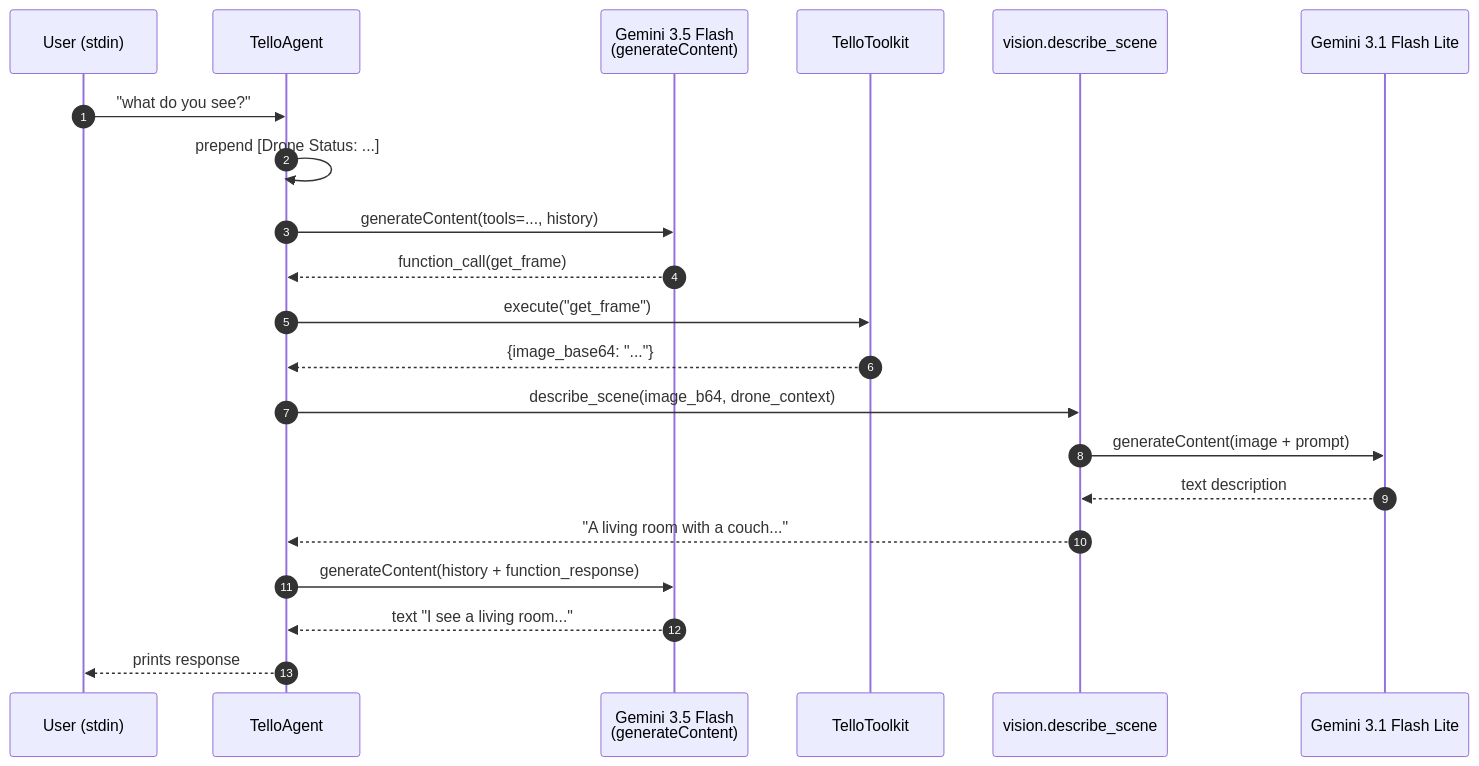
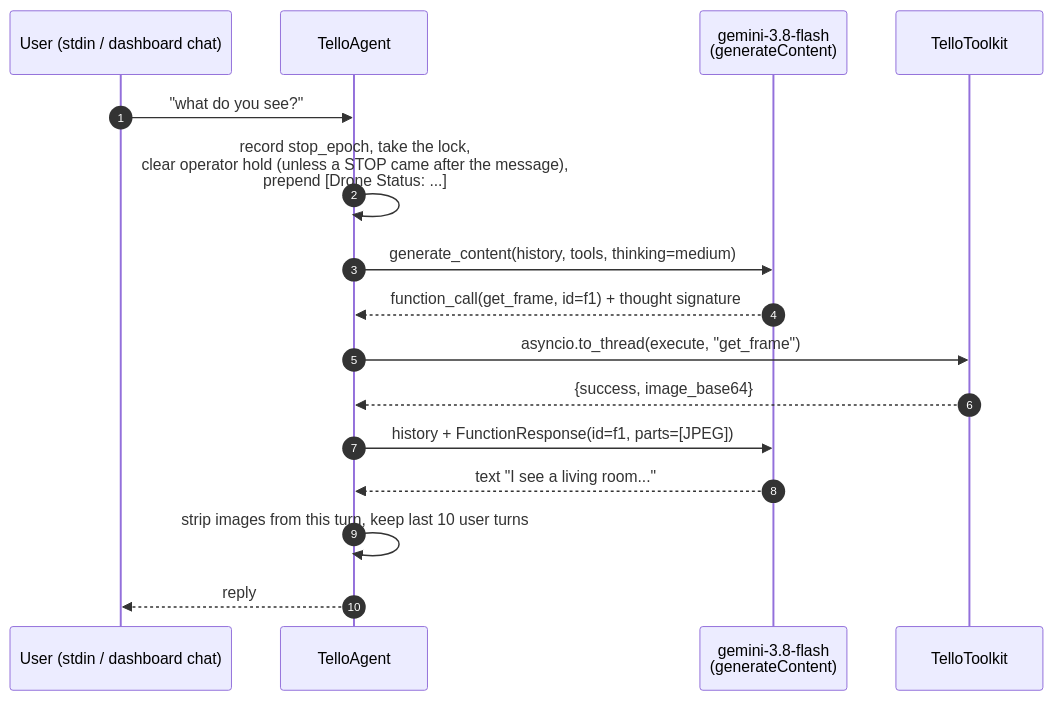
One commit to AyushRajgor/Tello-autonomous changed the second of 7 diagrams in docs/workflow.md. Above: the diagram before and after it, drawn with Mermaid. The commit also changed other lines of this file and 50 other files, not shown here.

````diff
--- a/docs/workflow.md
+++ b/docs/workflow.md
@@ -90,24 +95,19 @@
 ```mermaid
 sequenceDiagram
     autonumber
-    participant U as User (stdin)
+    participant U as User (stdin / dashboard chat)
     participant Ag as TelloAgent
-    participant Gm as Gemini 3.5 Flash<br/>(generateContent)
+    participant Gm as gemini-3.8-flash<br/>(generateContent)
     participant TK as TelloToolkit
-    participant Vis as vision.describe_scene
-    participant Vgm as Gemini 3.1 Flash Lite
 
     U->>Ag: "what do you see?"
-    Ag->>Ag: prepend [Drone Status: ...]
-    Ag->>Gm: generateContent(tools=..., history)
-    Gm-->>Ag: function_call(get_frame)
-    Ag->>TK: execute("get_frame")
-    TK-->>Ag: {image_base64: "..."}
-    Ag->>Vis: describe_scene(image_b64, drone_context)
-    Vis->>Vgm: generateContent(image + prompt)
-    Vgm-->>Vis: text description
-    Vis-->>Ag: "A living room with a couch..."
-    Ag->>Gm: generateContent(history + function_response)
+    Ag->>Ag: record stop_epoch, take the lock,<br/>clear operator hold (unless a STOP came after the message),<br/>prepend [Drone Status: ...]
+    Ag->>Gm: generate_content(history, tools, thinking=medium)
+    Gm-->>Ag: function_call(get_frame, id=f1) + thought signature
+    Ag->>TK: asyncio.to_thread(execute, "get_frame")
+    TK-->>Ag: {success, image_base64}
+    Ag->>Gm: history + FunctionResponse(id=f1, parts=[JPEG])
     Gm-->>Ag: text "I see a living room..."
-    Ag-->>U: prints response
+    Ag->>Ag: strip images from this turn, keep last 10 user turns
+    Ag-->>U: reply
 ```
````
